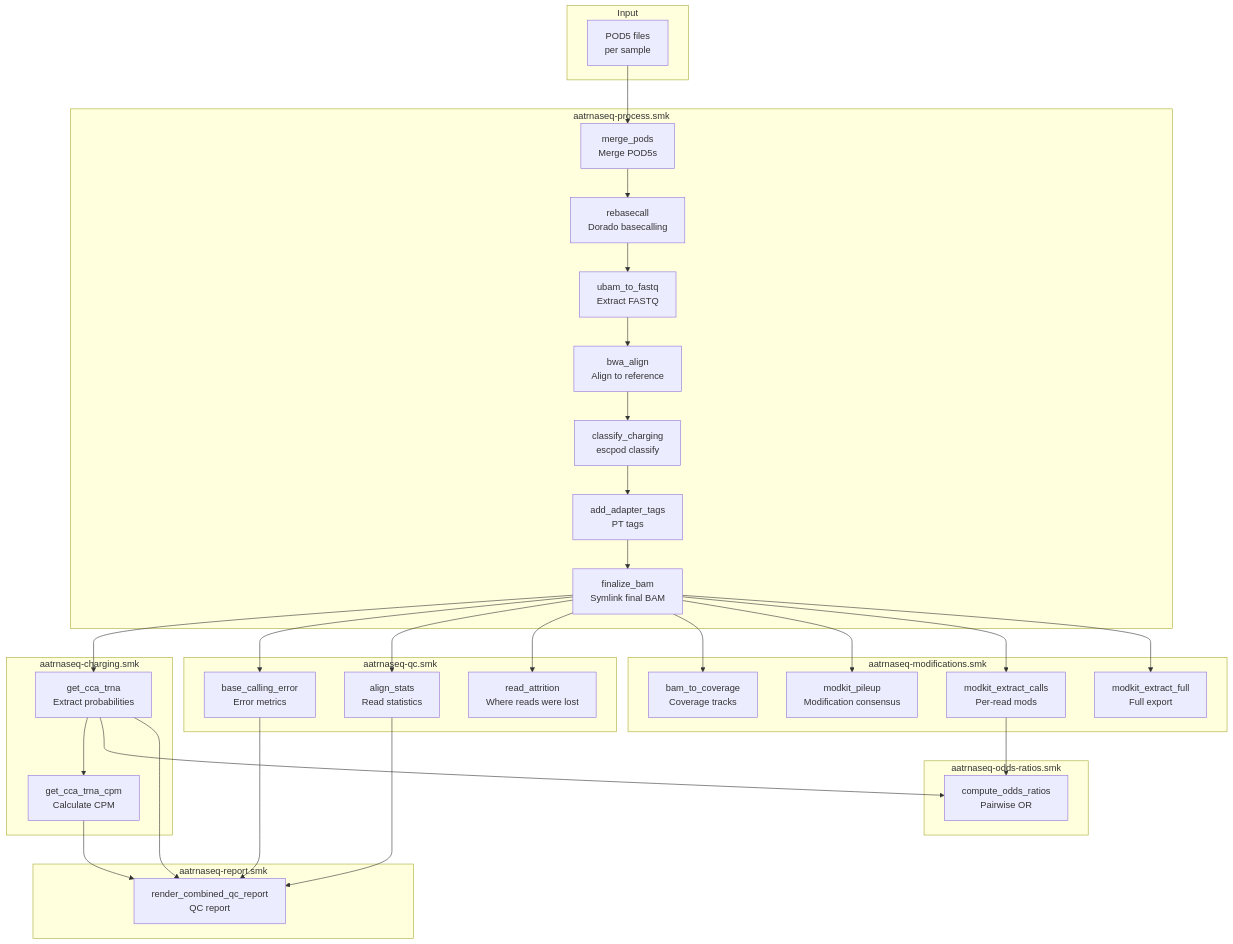
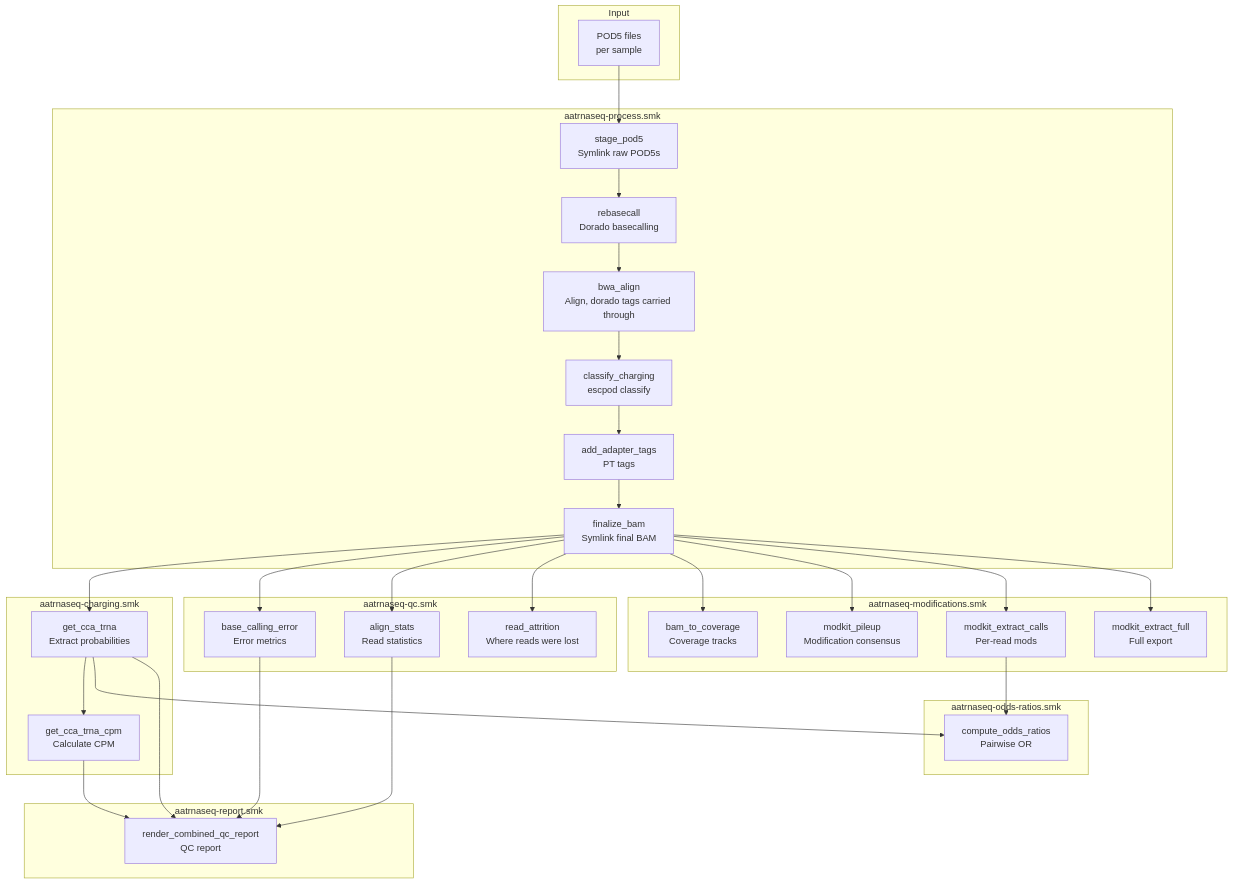
Before and after one commit to rnabioco/aa-tRNA-seq-pipeline: the second of 3 diagrams in docs/workflow/overview.md, drawn with Mermaid. The commit also changed other lines of this file and 27 other files, not shown here.

First line of the commit message:
perf(process)!: stream dorado tags through bwa and stop copying POD5 (#154)

````diff
--- a/docs/workflow/overview.md
+++ b/docs/workflow/overview.md
@@ -35,59 +35,58 @@
 ```mermaid
 flowchart TB
     subgraph Input
         A[POD5 files<br/>per sample]
     end
 
     subgraph Processing[aatrnaseq-process.smk]
-        B[merge_pods<br/>Merge POD5s]
+        B[stage_pod5<br/>Symlink raw POD5s]
         C[rebasecall<br/>Dorado basecalling]
-        D[ubam_to_fastq<br/>Extract FASTQ]
-        E[bwa_align<br/>Align to reference]
+        E[bwa_align<br/>Align, dorado tags carried through]
         F[classify_charging<br/>escpod classify]
         G2[add_adapter_tags<br/>PT tags]
         G3[finalize_bam<br/>Symlink final BAM]
     end
 
     subgraph Charging[aatrnaseq-charging.smk]
         H[get_cca_trna<br/>Extract probabilities]
         I[get_cca_trna_cpm<br/>Calculate CPM]
     end
 
     subgraph QC[aatrnaseq-qc.smk]
         J[base_calling_error<br/>Error metrics]
         K[align_stats<br/>Read statistics]
         L[read_attrition<br/>Where reads were lost]
     end
 
     subgraph Mods[aatrnaseq-modifications.smk]
         M[bam_to_coverage<br/>Coverage tracks]
         N[modkit_pileup<br/>Modification consensus]
         O[modkit_extract_calls<br/>Per-read mods]
         P[modkit_extract_full<br/>Full export]
     end
 
     subgraph OddsRatios[aatrnaseq-odds-ratios.smk]
         Q[compute_odds_ratios<br/>Pairwise OR]
     end
 
     subgraph Report[aatrnaseq-report.smk]
         R[render_combined_qc_report<br/>QC report]
     end
 
-    A --> B --> C --> D --> E --> F --> G2 --> G3
+    A --> B --> C --> E --> F --> G2 --> G3
 
     G3 --> H --> I
     G3 --> J
     G3 --> K
     G3 --> L
     G3 --> M
     G3 --> N
     G3 --> O
     G3 --> P
     O --> Q
     H --> Q
     J --> R
     H --> R
     I --> R
     K --> R
 ```
````
